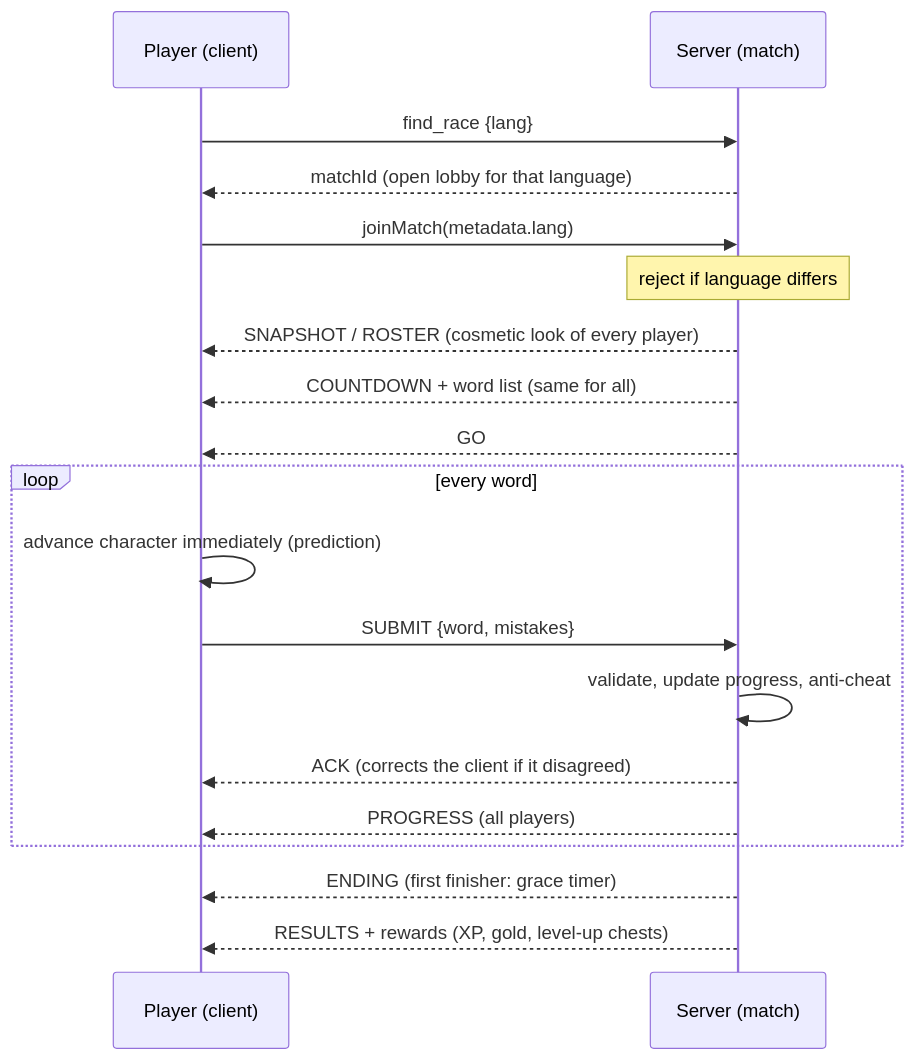
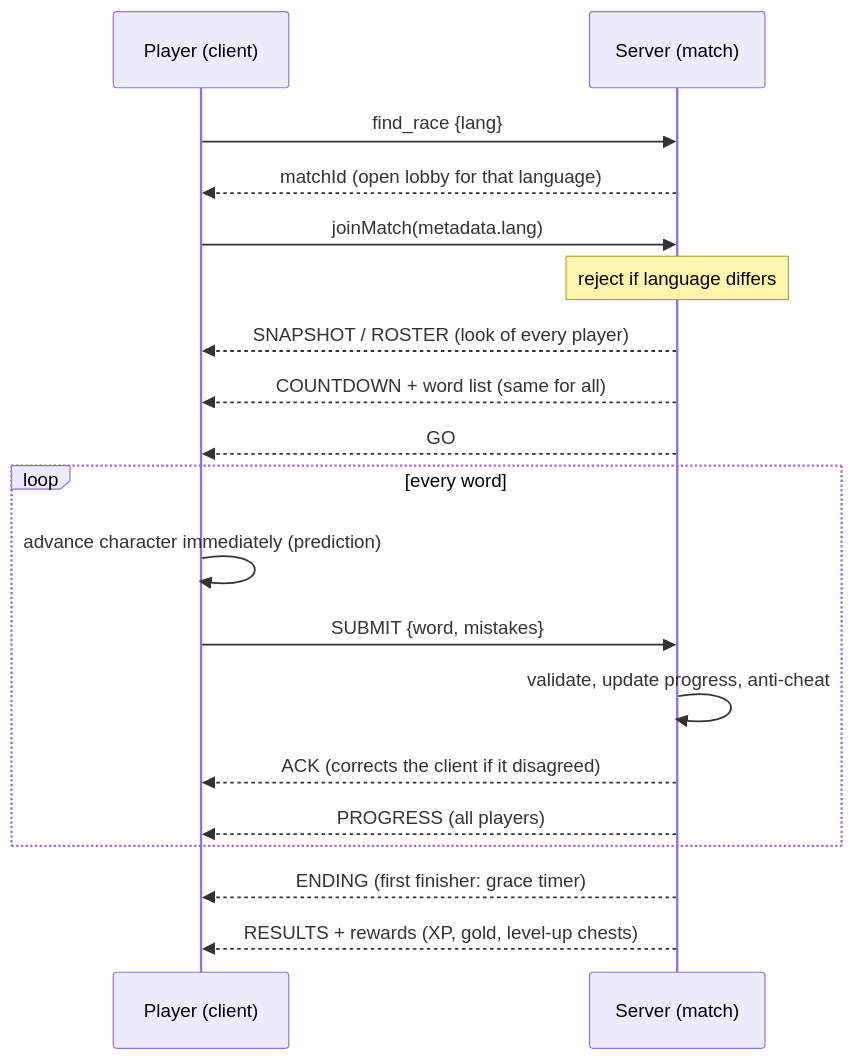
Before and after one commit to furkan-eroglu/textrun: the second of 2 diagrams in README.md, drawn with Mermaid. The commit also changed other lines of this file and 1 other file, not shown here.

````diff
--- a/README.md
+++ b/README.md
@@ -67,21 +115,21 @@
 ```mermaid
 sequenceDiagram
     participant P as Player (client)
     participant S as Server (match)
     P->>S: find_race {lang}
     S-->>P: matchId (open lobby for that language)
     P->>S: joinMatch(metadata.lang)
     Note over S: reject if language differs
-    S-->>P: SNAPSHOT / ROSTER (cosmetic look of every player)
+    S-->>P: SNAPSHOT / ROSTER (look of every player)
     S-->>P: COUNTDOWN + word list (same for all)
     S-->>P: GO
     loop every word
         P->>P: advance character immediately (prediction)
         P->>S: SUBMIT {word, mistakes}
         S->>S: validate, update progress, anti-cheat
         S-->>P: ACK (corrects the client if it disagreed)
         S-->>P: PROGRESS (all players)
     end
     S-->>P: ENDING (first finisher: grace timer)
     S-->>P: RESULTS + rewards (XP, gold, level-up chests)
 ```
````
